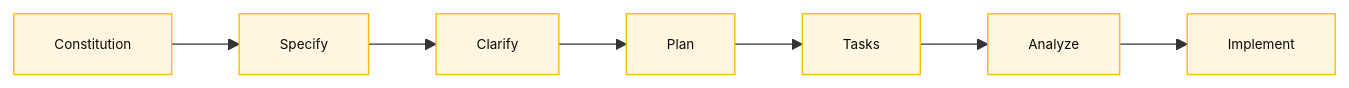
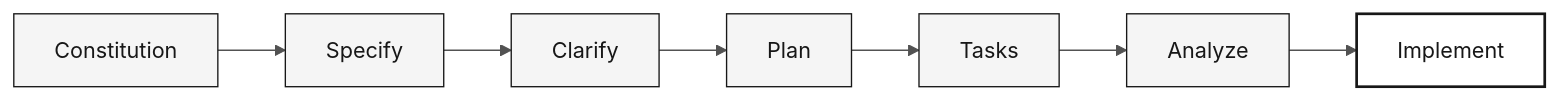
One commit to paulasilvatech/datacorp-mm-team-kit changed the diagram in 09-cheat-sheets/spec-kit-workflow.md. Above: the diagram before and after it, drawn with Mermaid. The commit also changed other lines of this file and 91 other files, not shown here.

````diff
--- a/09-cheat-sheets/spec-kit-workflow.md
+++ b/09-cheat-sheets/spec-kit-workflow.md
@@ -127,8 +34,10 @@
 ```mermaid
+%%{init: {'theme':'neutral','themeVariables':{'fontFamily':'ui-sans-serif, system-ui, sans-serif','primaryColor':'#F5F5F5','primaryTextColor':'#171717','primaryBorderColor':'#171717','lineColor':'#525252','secondaryColor':'#FFFFFF','tertiaryColor':'#FAFAFA','background':'#FFFFFF'}}}%%
 flowchart LR
- classDef phase fill:#FFF7E0,stroke:#FFB900,color:#0A0A0A,font-size:10px
+    classDef step fill:#F5F5F5,stroke:#171717,color:#171717
+    classDef result fill:#FFFFFF,stroke:#171717,color:#171717,stroke-width:2px
 
- P0[Constitution]:::phase --> P1[Specify]:::phase --> P2[Clarify]:::phase
- P2 --> P3[Plan]:::phase --> P4[Tasks]:::phase --> P5[Analyze]:::phase
- P5 --> P6[Implement]:::phase
+    P0["Constitution"]:::step --> P1["Specify"]:::step --> P2["Clarify"]:::step
+    P2 --> P3["Plan"]:::step --> P4["Tasks"]:::step --> P5["Analyze"]:::step
+    P5 --> P6["Implement"]:::result
 ```
````
